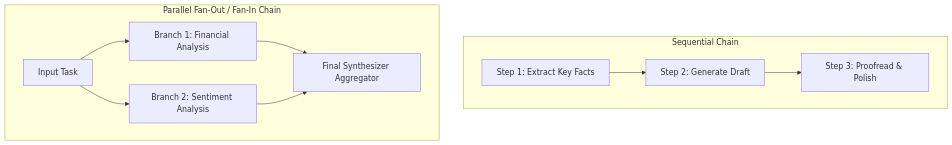
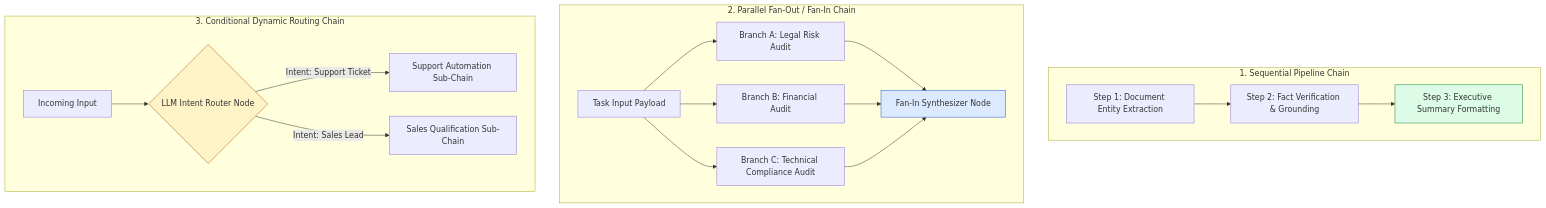
The first of 3 diagrams in agentic-ai-notes/00-foundations/05-prompt-chaining.md (Amie-dev/engineering-playbook), drawn with Mermaid before and after one commit. The commit also changed other lines of this file and 17 other files, not shown here.

Commit message:
Refactor observability and tracing documentation to enhance clarity and detail; expand Model Context Protocol (MCP) architecture with JSON-RPC primitives; update decision framework to emphasize architectural complexity and decision-making processes.

````diff
--- a/agentic-ai-notes/00-foundations/05-prompt-chaining.md
+++ b/agentic-ai-notes/00-foundations/05-prompt-chaining.md
@@ -10,13 +13,27 @@
 ```mermaid
 flowchart TD
-    subgraph Sequential Chain
-        S1[Step 1: Extract Key Facts] --> S2[Step 2: Generate Draft] --> S3[Step 3: Proofread & Polish]
+    subgraph 1. Sequential Pipeline Chain
+        S1[Step 1: Document Entity Extraction] --> S2[Step 2: Fact Verification & Grounding]
+        S2 --> S3[Step 3: Executive Summary Formatting]
     end
 
-    subgraph Parallel Fan-Out / Fan-In Chain
-        P0[Input Task] --> P1[Branch 1: Financial Analysis]
-        P0 --> P2[Branch 2: Sentiment Analysis]
-        P1 --> Synthesizer[Final Synthesizer Aggregator]
-        P2 --> Synthesizer
+    subgraph 2. Parallel Fan-Out / Fan-In Chain
+        PInput[Task Input Payload] --> PBranch1[Branch A: Legal Risk Audit]
+        PInput --> PBranch2[Branch B: Financial Audit]
+        PInput --> PBranch3[Branch C: Technical Compliance Audit]
+        
+        PBranch1 --> FanInAggregator[Fan-In Synthesizer Node]
+        PBranch2 --> FanInAggregator
+        PBranch3 --> FanInAggregator
     end
+
+    subgraph 3. Conditional Dynamic Routing Chain
+        RouterInput[Incoming Input] --> Classifier{LLM Intent Router Node}
+        Classifier -- "Intent: Support Ticket" --> RouteSupport[Support Automation Sub-Chain]
+        Classifier -- "Intent: Sales Lead" --> RouteSales[Sales Qualification Sub-Chain]
+    end
+
+    style S3 fill:#dcfce7,stroke:#15803d
+    style FanInAggregator fill:#dbeafe,stroke:#1d4ed8
+    style Classifier fill:#fef3c7,stroke:#b45309
 ```
````
